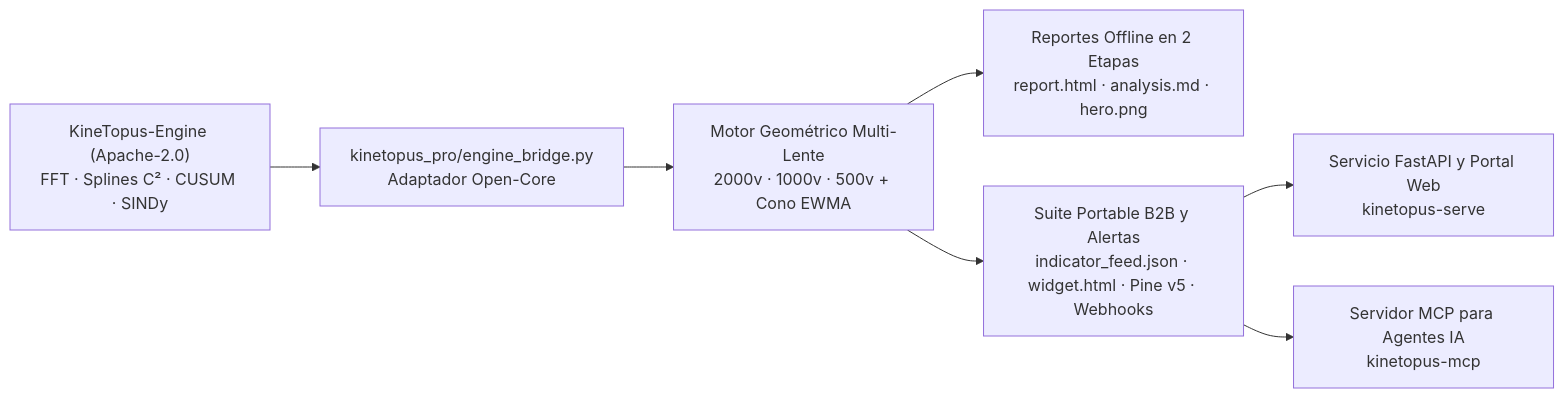
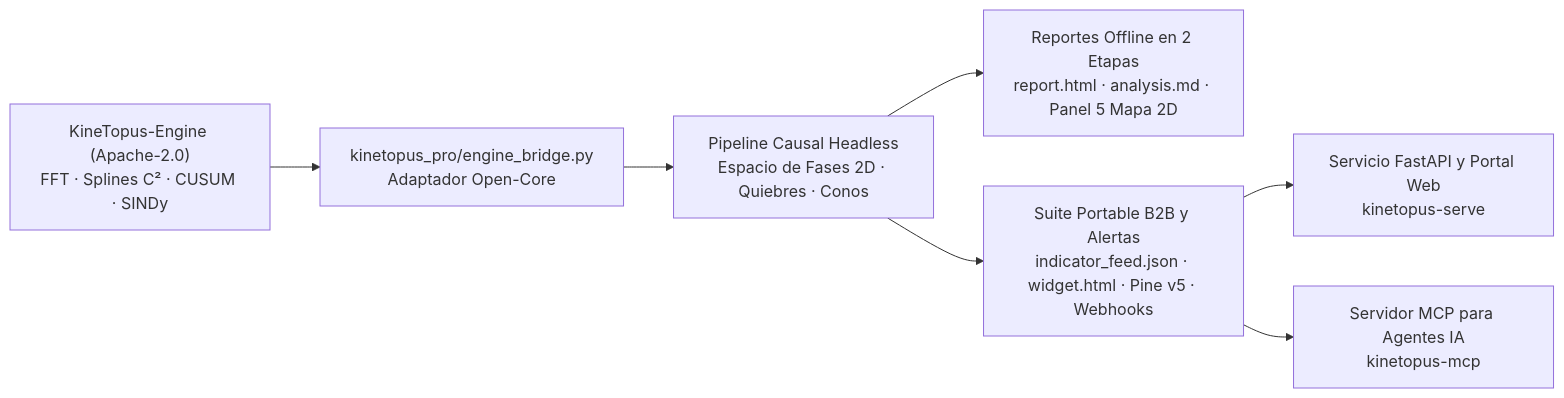
Before and after one commit to JuanDie778/KineTopus-Analyst: the diagram in README.es.md, drawn with Mermaid. The commit also changed other lines of this file and 13 other files, not shown here.

````diff
--- a/README.es.md
+++ b/README.es.md
@@ -96,9 +115,9 @@
 ```mermaid
 flowchart LR
     CORE["KineTopus-Engine (Apache-2.0)<br/>FFT · Splines C² · CUSUM · SINDy"] --> BRIDGE["kinetopus_pro/engine_bridge.py<br/>Adaptador Open-Core"]
-    BRIDGE --> PIPE["Motor Geométrico Multi-Lente<br/>2000v · 1000v · 500v + Cono EWMA"]
-    PIPE --> RPT["Reportes Offline en 2 Etapas<br/>report.html · analysis.md · hero.png"]
+    BRIDGE --> PIPE["Pipeline Causal Headless<br/>Espacio de Fases 2D · Quiebres · Conos"]
+    PIPE --> RPT["Reportes Offline en 2 Etapas<br/>report.html · analysis.md · Panel 5 Mapa 2D"]
     PIPE --> B2B["Suite Portable B2B y Alertas<br/>indicator_feed.json · widget.html · Pine v5 · Webhooks"]
     B2B --> SVC["Servicio FastAPI y Portal Web<br/>kinetopus-serve"]
     B2B --> MCP["Servidor MCP para Agentes IA<br/>kinetopus-mcp"]
 ```
````
